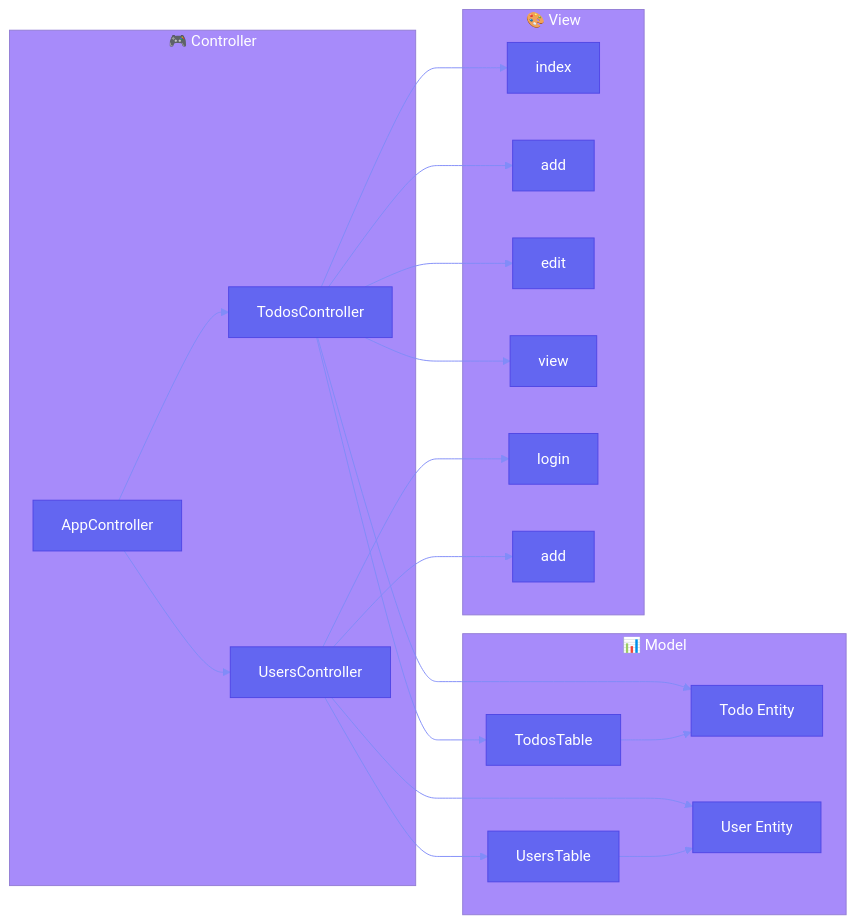
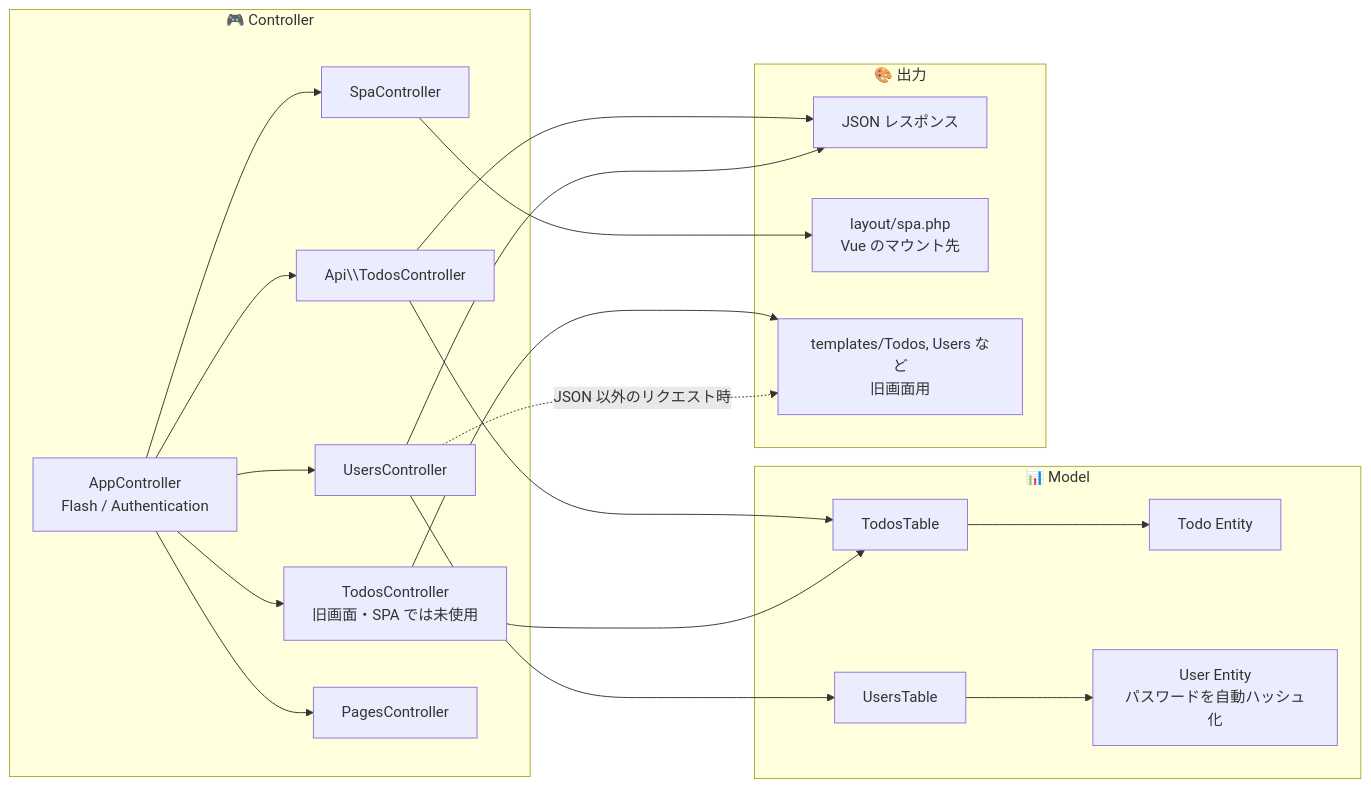
One commit to moritam/cakephp-test changed the fourth of 9 diagrams in docs/ARCHITECTURE.md. Above: the diagram before and after it, drawn with Mermaid. The commit also changed other lines of this file and 1 other file, not shown here.

First line of the commit message:
Update ARCHITECTURE.md for the Vue SPA + JSON API + SQLite setup

````diff
--- a/docs/ARCHITECTURE.md
+++ b/docs/ARCHITECTURE.md
@@ -66,40 +89,32 @@
 ```mermaid
-%%{init: {'theme':'base', 'themeVariables': { 'primaryColor':'#6366f1', 'primaryTextColor':'#fff', 'primaryBorderColor':'#4f46e5', 'lineColor':'#818cf8', 'secondaryColor':'#8b5cf6', 'secondaryTextColor':'#fff', 'tertiaryColor':'#a78bfa', 'tertiaryTextColor':'#fff', 'background':'#faf5ff', 'mainBkg':'#6366f1', 'secondBkg':'#8b5cf6', 'tertiaryBkg':'#a78bfa', 'fontFamily':'system-ui, sans-serif'}}}%%
 flowchart LR
     subgraph Controllers["🎮 Controller"]
-        AC["AppController"]
-        TC["TodosController"]
+        AC["AppController<br/>Flash / Authentication"]
+        SC["SpaController"]
         UC["UsersController"]
+        ATC["Api\\TodosController"]
+        TC["TodosController<br/>旧画面・SPA では未使用"]
+        PC["PagesController"]
     end
 
     subgraph Models["📊 Model"]
-        TT["TodosTable"]
-        TE["Todo Entity"]
-        UT["UsersTable"]
-        UE["User Entity"]
+        TT["TodosTable"] --> TE["Todo Entity"]
+        UT["UsersTable"] --> UE["User Entity<br/>パスワードを自動ハッシュ化"]
     end
 
-    subgraph Views["🎨 View"]
-        Tidx["index"]
-        Tadd["add"]
-        Tedit["edit"]
-        Tview["view"]
-        Ulogin["login"]
-        Uadd["add"]
+    subgraph Views["🎨 出力"]
+        JSON["JSON レスポンス"]
+        SpaL["layout/spa.php<br/>Vue のマウント先"]
+        Legacy["templates/Todos, Users など<br/>旧画面用"]
     end
 
-    AC --> TC
-    AC --> UC
+    AC --> SC & UC & ATC & TC & PC
+    ATC --> TT
     TC --> TT
-    TC --> TE
     UC --> UT
-    UC --> UE
-    TT --> TE
-    UT --> UE
-    TC --> Tidx
-    TC --> Tadd
-    TC --> Tedit
-    TC --> Tview
-    UC --> Ulogin
-    UC --> Uadd
+    ATC --> JSON
+    UC --> JSON
+    SC --> SpaL
+    TC --> Legacy
+    UC -. "JSON 以外のリクエスト時" .-> Legacy
 ```
````
